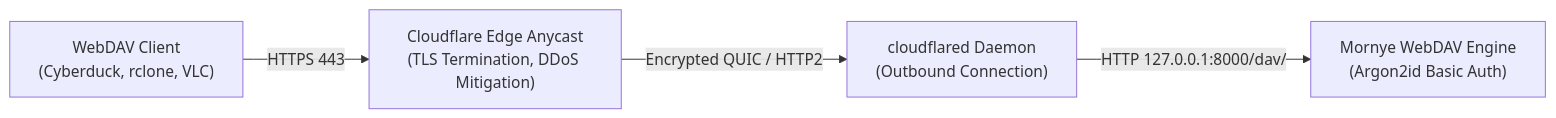
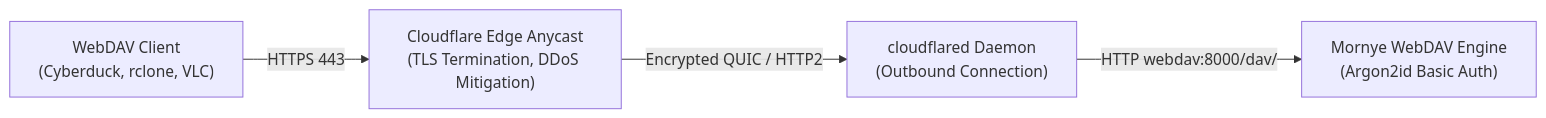
One commit to navyaXdev/Mornye-Network-Storage changed the diagram in docs/CLOUDFLARE_TUNNEL.md. Above: the diagram before and after it, drawn with Mermaid. The commit also changed other lines of this file and 12 other files, not shown here.

````diff
--- a/docs/CLOUDFLARE_TUNNEL.md
+++ b/docs/CLOUDFLARE_TUNNEL.md
@@ -11,6 +11,6 @@
 ```mermaid
 flowchart LR
     Client["WebDAV Client<br/>(Cyberduck, rclone, VLC)"] -->|HTTPS 443| CFEdge["Cloudflare Edge Anycast<br/>(TLS Termination, DDoS Mitigation)"]
     CFEdge -->|Encrypted QUIC / HTTP2| TunnelDaemon["cloudflared Daemon<br/>(Outbound Connection)"]
-    TunnelDaemon -->|HTTP 127.0.0.1:8000/dav/| WebDAV["Mornye WebDAV Engine<br/>(Argon2id Basic Auth)"]
+    TunnelDaemon -->|HTTP webdav:8000/dav/| WebDAV["Mornye WebDAV Engine<br/>(Argon2id Basic Auth)"]
 ```
````
